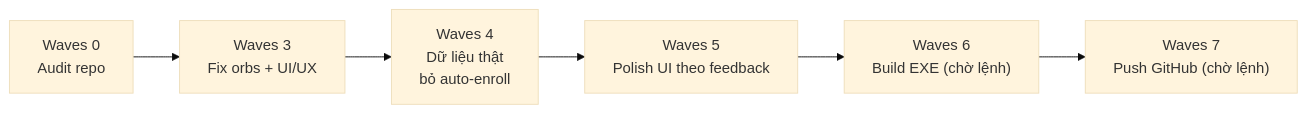
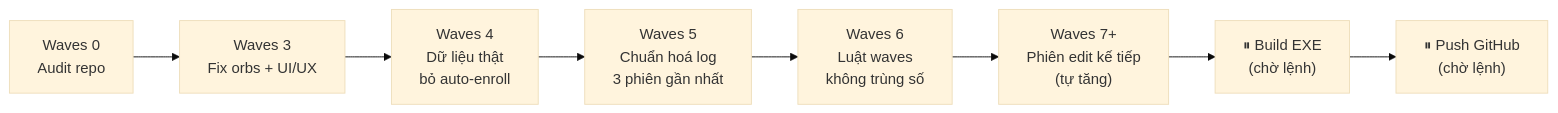
The fourth of 4 diagrams in README.md (duyzoz/AUTO-QUEST), drawn with Mermaid (base theme) before and after one commit. The commit also changed other lines of this file and 1 other file, not shown here.

Commit message:
docs(waves): luat danh so waves chi tang, khong trung - danh lai log 4/5/6 + bang so waves

````diff
--- a/README.md
+++ b/README.md
@@ -84,8 +86,10 @@
 ```mermaid
 flowchart LR
     W0["Waves 0<br/>Audit repo"] --> W3["Waves 3<br/>Fix orbs + UI/UX"]
     W3 --> W4["Waves 4<br/>Dữ liệu thật<br/>bỏ auto-enroll"]
-    W4 --> W5["Waves 5<br/>Polish UI theo feedback"]
-    W5 --> W6["Waves 6<br/>Build EXE (chờ lệnh)"]
-    W6 --> W7["Waves 7<br/>Push GitHub (chờ lệnh)"]
+    W4 --> W5["Waves 5<br/>Chuẩn hoá log<br/>3 phiên gần nhất"]
+    W5 --> W6["Waves 6<br/>Luật waves<br/>không trùng số"]
+    W6 --> W7["Waves 7+<br/>Phiên edit kế tiếp<br/>(tự tăng)"]
+    W7 --> B["⏸ Build EXE<br/>(chờ lệnh)"]
+    B --> P["⏸ Push GitHub<br/>(chờ lệnh)"]
 ```
````
